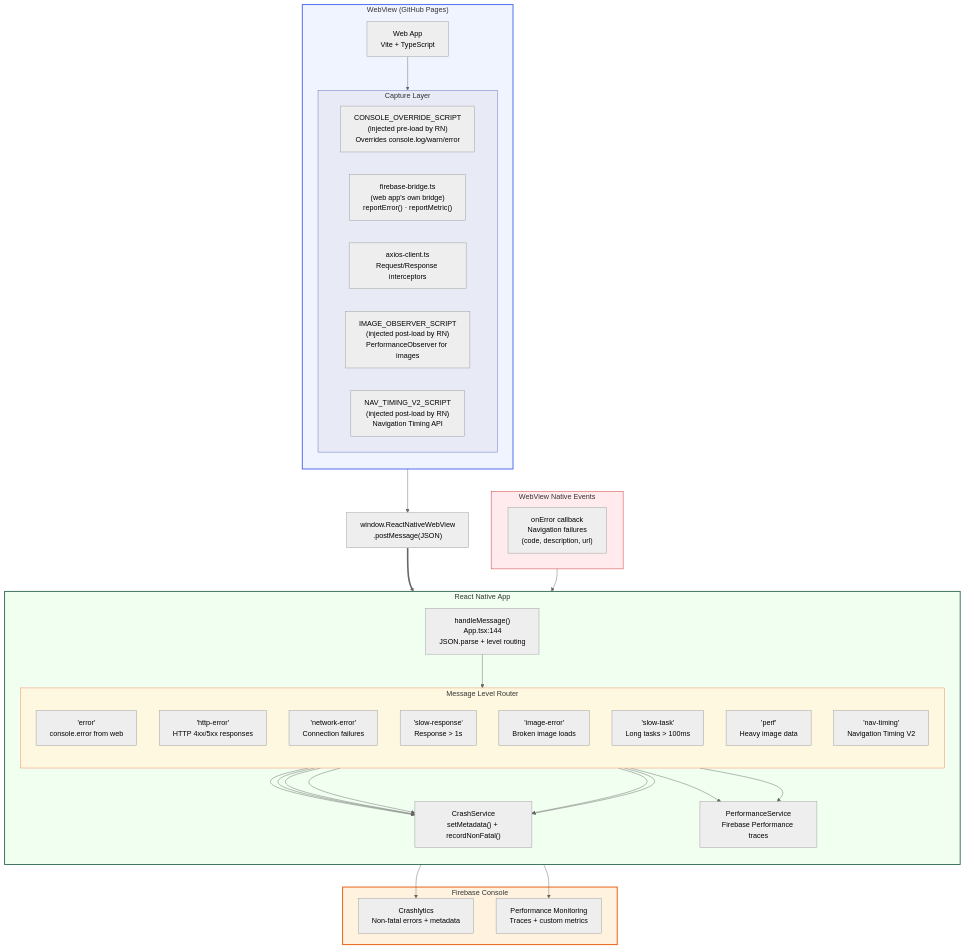
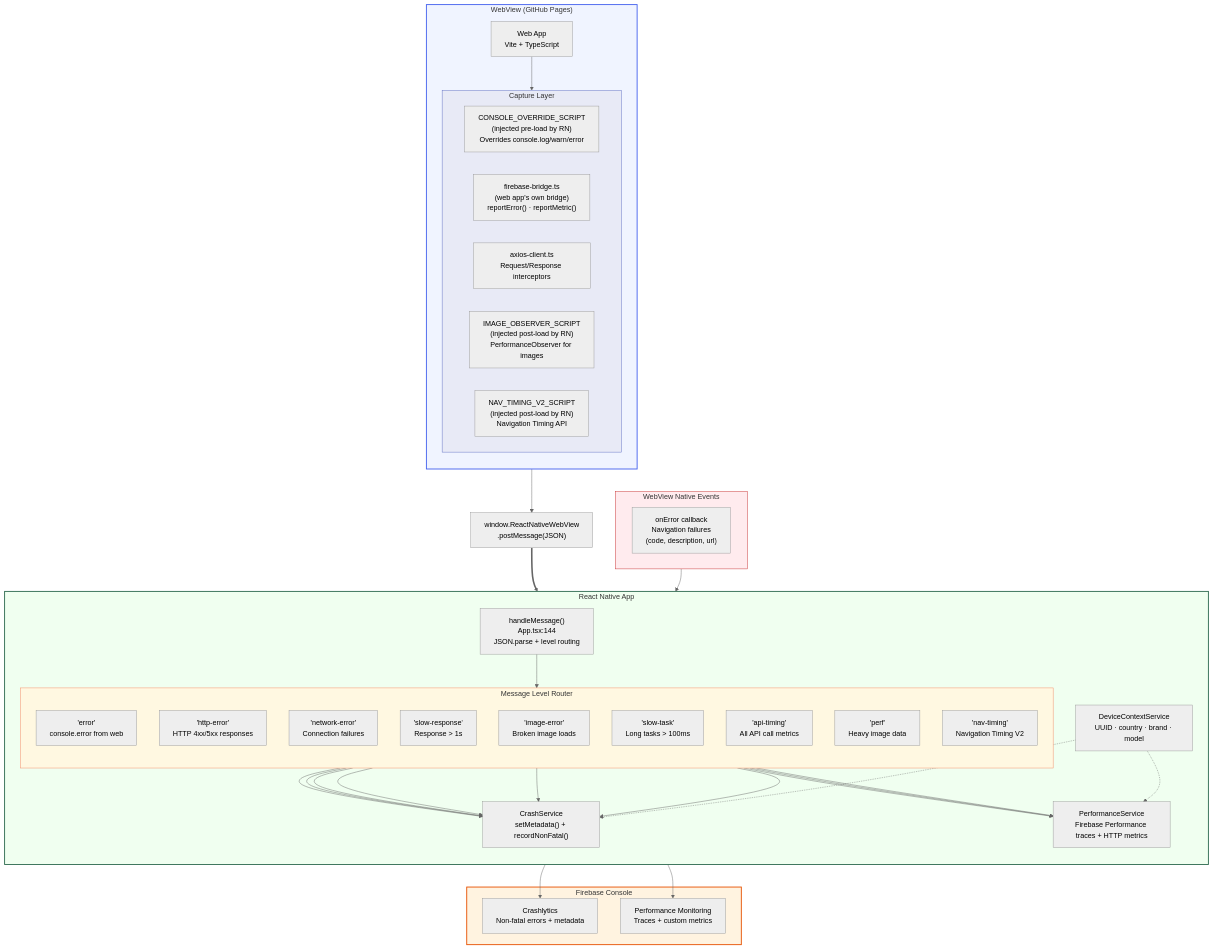
One commit to phucsystem/maui-app-error-tracking-demo changed the diagram in react-native-app/docs/error-and-log-handling-from-webview.md. Above: the diagram before and after it, drawn with Mermaid (neutral theme). The commit also changed other lines of this file and 9 other files, not shown here.

First line of the commit message:
feat: add device context attributes and API load time tracking

````diff
--- a/react-native-app/docs/error-and-log-handling-from-webview.md
+++ b/react-native-app/docs/error-and-log-handling-from-webview.md
@@ -17,67 +17,71 @@
 ```mermaid
 flowchart TB
     subgraph WEBVIEW["WebView (GitHub Pages)"]
         direction TB
         WEB_APP["Web App<br/>Vite + TypeScript"]
 
         subgraph CAPTURE["Capture Layer"]
             direction LR
             CONSOLE_SCRIPT["CONSOLE_OVERRIDE_SCRIPT<br/>(injected pre-load by RN)<br/>Overrides console.log/warn/error"]
             WEB_BRIDGE["firebase-bridge.ts<br/>(web app's own bridge)<br/>reportError() · reportMetric()"]
             AXIOS_INT["axios-client.ts<br/>Request/Response interceptors"]
             IMG_OBS["IMAGE_OBSERVER_SCRIPT<br/>(injected post-load by RN)<br/>PerformanceObserver for images"]
             NAV_TIMING["NAV_TIMING_V2_SCRIPT<br/>(injected post-load by RN)<br/>Navigation Timing API"]
         end
 
         WEB_APP --> CAPTURE
     end
 
     POST_MSG["window.ReactNativeWebView<br/>.postMessage(JSON)"]
     CAPTURE --> POST_MSG
 
     subgraph RN["React Native App"]
         direction TB
         HANDLER["handleMessage()<br/>App.tsx:144<br/>JSON.parse + level routing"]
 
         subgraph ROUTES["Message Level Router"]
             direction TB
             R_ERROR["'error'<br/>console.error from web"]
             R_HTTP["'http-error'<br/>HTTP 4xx/5xx responses"]
             R_NET["'network-error'<br/>Connection failures"]
             R_SLOW["'slow-response'<br/>Response > 1s"]
             R_IMG["'image-error'<br/>Broken image loads"]
             R_TASK["'slow-task'<br/>Long tasks > 100ms"]
+            R_APITIMING["'api-timing'<br/>All API call metrics"]
             R_PERF["'perf'<br/>Heavy image data"]
             R_NAV["'nav-timing'<br/>Navigation Timing V2"]
         end
 
+        DEV_CTX["DeviceContextService<br/>UUID · country · brand · model"]
         CRASH_SVC["CrashService<br/>setMetadata() + recordNonFatal()"]
-        PERF_SVC["PerformanceService<br/>Firebase Performance traces"]
+        PERF_SVC["PerformanceService<br/>Firebase Performance traces + HTTP metrics"]
 
         HANDLER --> ROUTES
         R_ERROR & R_HTTP & R_NET & R_SLOW & R_IMG & R_TASK --> CRASH_SVC
-        R_PERF & R_NAV --> PERF_SVC
+        R_APITIMING & R_PERF & R_NAV --> PERF_SVC
+        DEV_CTX -.-> CRASH_SVC
+        DEV_CTX -.-> PERF_SVC
     end
 
     subgraph WEBVIEW_NATIVE["WebView Native Events"]
         ON_ERROR["onError callback<br/>Navigation failures<br/>(code, description, url)"]
     end
 
     POST_MSG ==> HANDLER
     WEBVIEW_NATIVE --> CRASH_SVC
 
     subgraph FIREBASE["Firebase Console"]
         CRASHLYTICS["Crashlytics<br/>Non-fatal errors + metadata"]
         PERF_MON["Performance Monitoring<br/>Traces + custom metrics"]
     end
 
     CRASH_SVC --> CRASHLYTICS
     PERF_SVC --> PERF_MON
 
     style WEBVIEW fill:#f0f4ff,stroke:#4361ee,stroke-width:2px
     style RN fill:#f0fff0,stroke:#2d6a4f,stroke-width:2px
     style FIREBASE fill:#fff3e0,stroke:#e65100,stroke-width:2px
     style ROUTES fill:#fff8e1,stroke:#f4845f,stroke-width:1px
     style CAPTURE fill:#e8eaf6,stroke:#5c6bc0,stroke-width:1px
     style WEBVIEW_NATIVE fill:#ffebee,stroke:#c62828,stroke-width:1px
 ```
````
